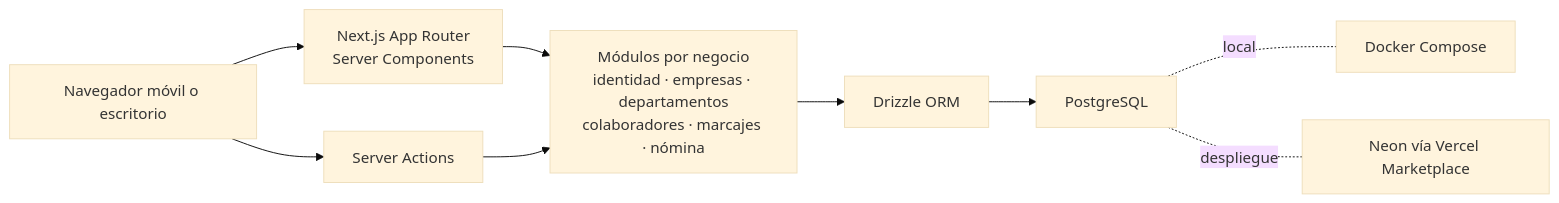
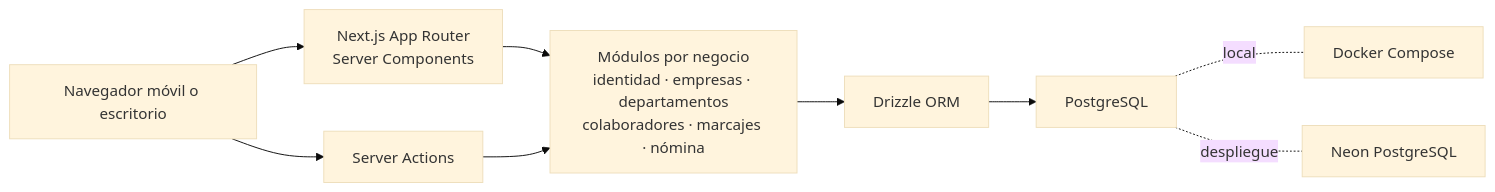
Before and after one commit to juliocnc19/kru_prueba: the diagram in README.md, drawn with Mermaid (base theme). The commit also changed other lines of this file, not shown here.

````diff
--- a/README.md
+++ b/README.md
@@ -46,11 +46,11 @@
 ```mermaid
 flowchart LR
   Browser["Navegador móvil o escritorio"] --> Pages["Next.js App Router\nServer Components"]
   Browser --> Actions["Server Actions"]
   Pages --> Modules["Módulos por negocio\nidentidad · empresas · departamentos\ncolaboradores · marcajes · nómina"]
   Actions --> Modules
   Modules --> Drizzle["Drizzle ORM"]
   Drizzle --> PG["PostgreSQL"]
   PG -. "local" .- Docker["Docker Compose"]
-  PG -. "despliegue" .- Neon["Neon vía Vercel Marketplace"]
+  PG -. "despliegue" .- Neon["Neon PostgreSQL"]
 ```
````
